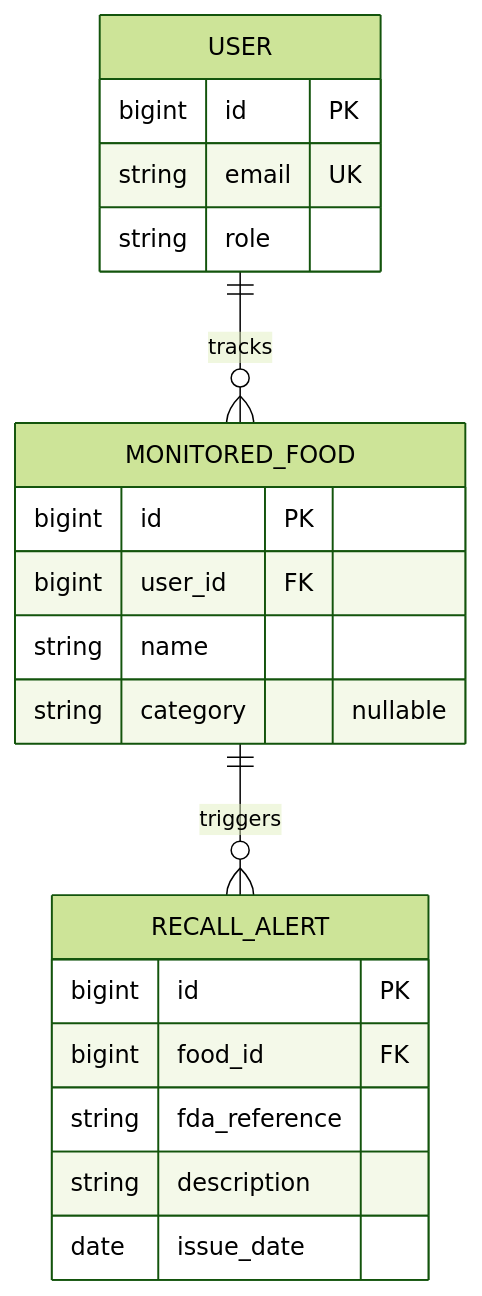
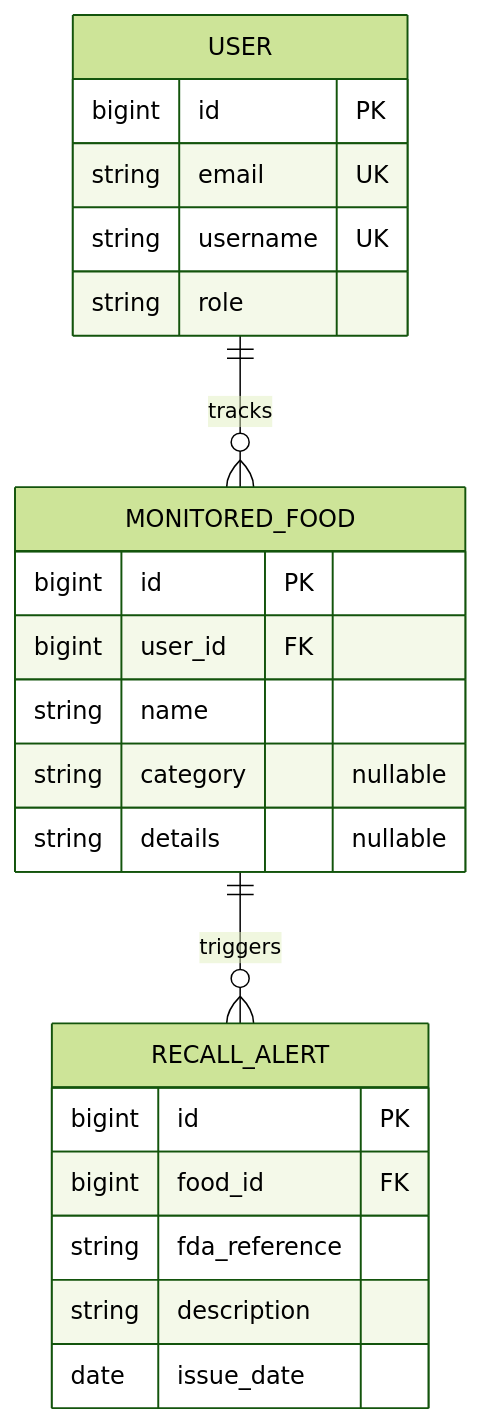
The diagram in docs/proposal.md (Niko-Proud/CST-438_Project_2_API), drawn with Mermaid (forest theme) before and after one commit. The commit also changed other lines of this file, not shown here.

````diff
--- a/docs/proposal.md
+++ b/docs/proposal.md
@@ -17,23 +17,25 @@
 ```mermaid
 erDiagram
     USER ||--o{ MONITORED_FOOD : tracks
     MONITORED_FOOD ||--o{ RECALL_ALERT : triggers
     USER {
         bigint id PK
         string email UK
+        string username UK
         string role
     }
     MONITORED_FOOD {
         bigint id PK
         bigint user_id FK
         string name
         string category "nullable"
+        string details "nullable"
     }
     RECALL_ALERT {
         bigint id PK
         bigint food_id FK
         string fda_reference
         string description
         date issue_date
     }
 ```
````
